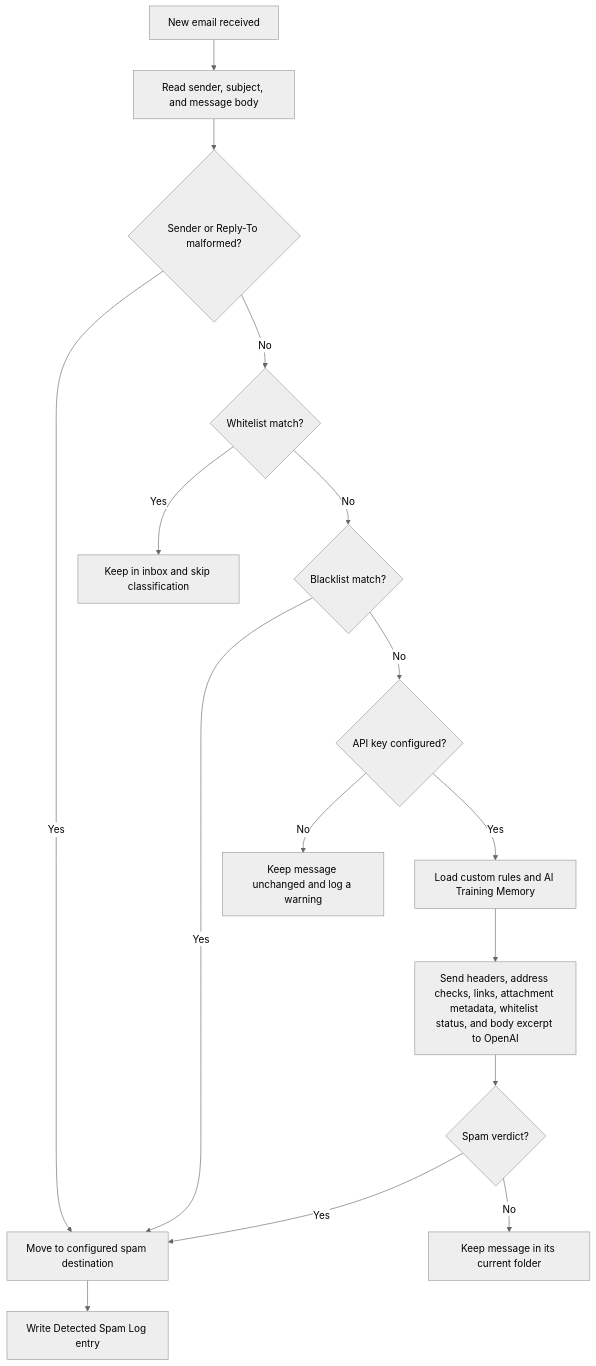
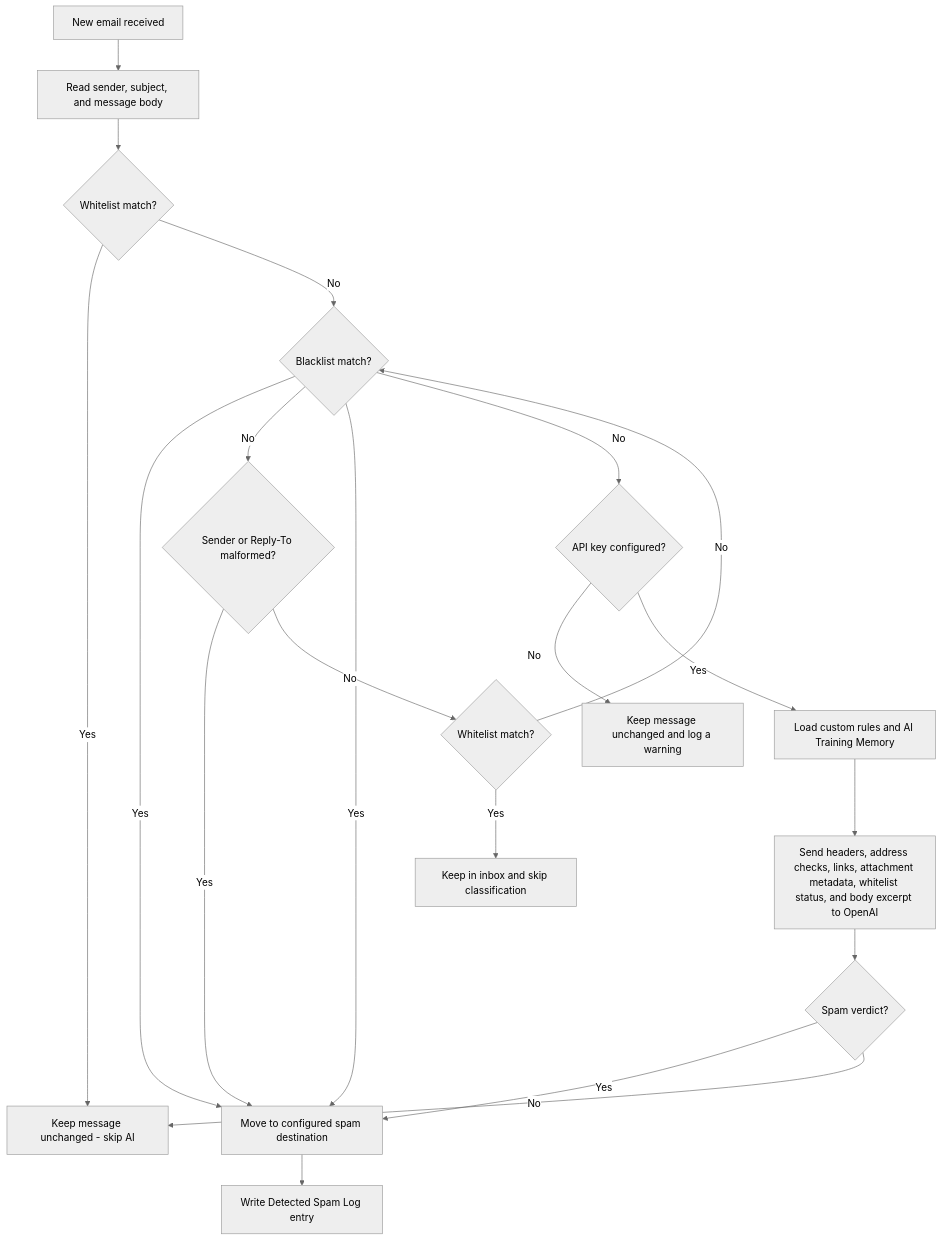
One commit to BlastFM/ThunderbirdPersonalSpamFilter changed the diagram in README.md. Above: the diagram before and after it, drawn with Mermaid (neutral theme). The commit also changed other lines of this file and 4 other files, not shown here.

````diff
--- a/README.md
+++ b/README.md
@@ -223,18 +223,22 @@
 ```mermaid
 graph TD
     A[New email received] --> B[Read sender, subject, and message body]
-    B --> N{Sender or Reply-To malformed?}
+    B --> W{Whitelist match?}
+    W -- Yes --> M[Keep message unchanged - skip AI]
+    W -- No --> E{Blacklist match?}
+    E -- Yes --> F[Move to configured spam destination]
+    E -- No --> N{Sender or Reply-To malformed?}
     N -- Yes --> F[Move to configured spam destination]
     N -- No --> C{Whitelist match?}
     C -- Yes --> D[Keep in inbox and skip classification]
     C -- No --> E{Blacklist match?}
     E -- Yes --> F[Move to configured spam destination]
     F --> G[Write Detected Spam Log entry]
     E -- No --> H{API key configured?}
     H -- No --> I[Keep message unchanged and log a warning]
     H -- Yes --> J[Load custom rules and AI Training Memory]
     J --> K[Send headers, address checks, links, attachment metadata, whitelist status, and body excerpt to OpenAI]
     K --> L{Spam verdict?}
     L -- Yes --> F
-    L -- No --> M[Keep message in its current folder]
+    L -- No --> M
 ```
````
